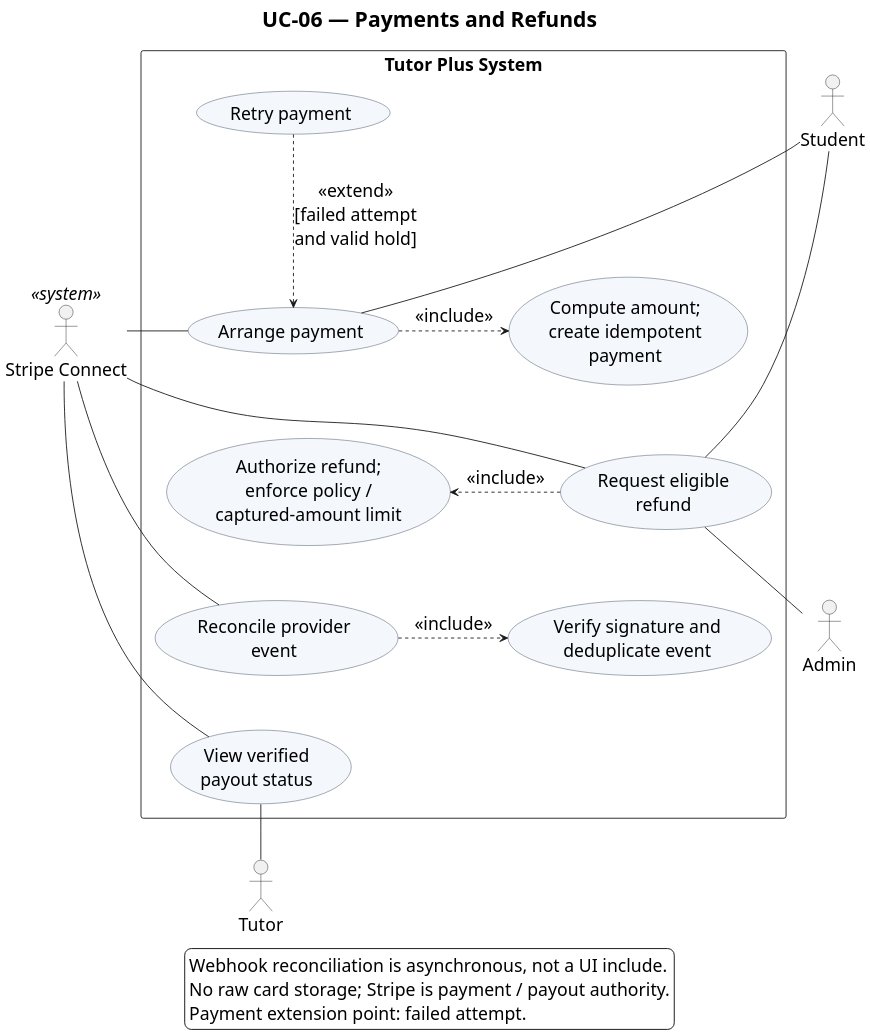
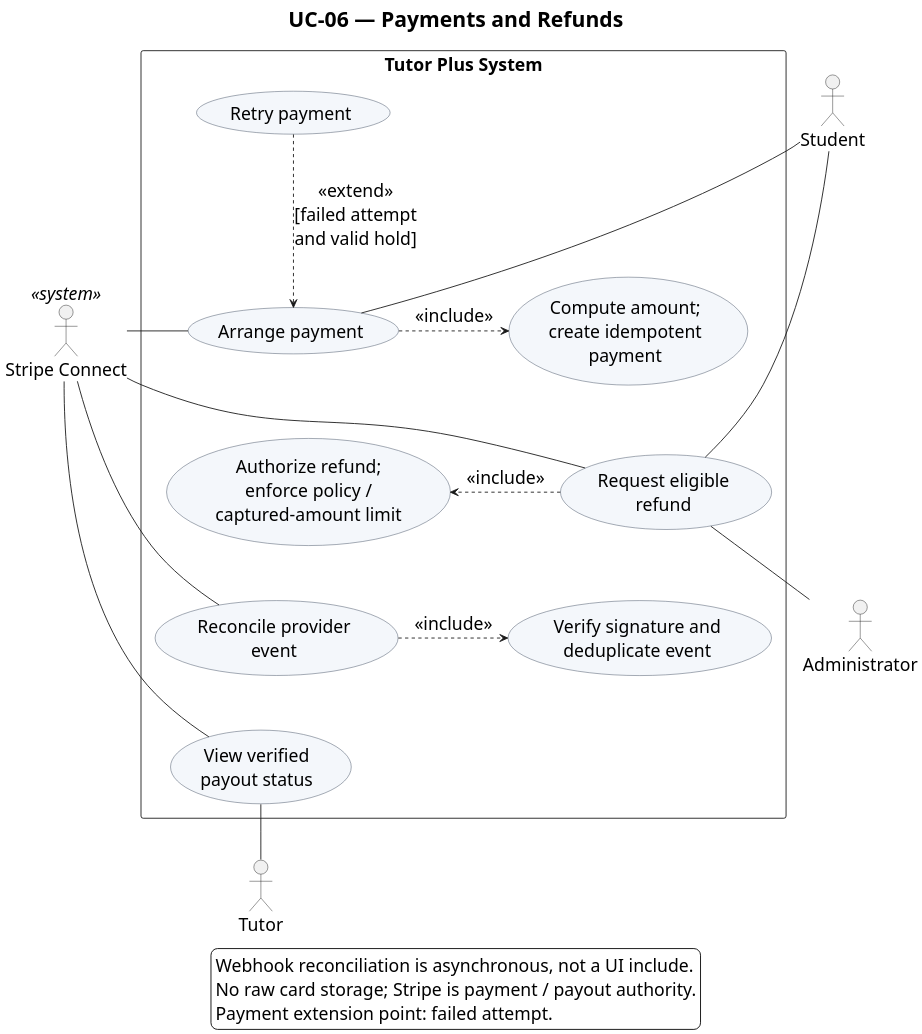
Before and after one commit to addiee13/tutor-plus: the diagram in docs/diagrams/source/usecase-uc06.puml, drawn with PlantUML. The commit also changed 105 other files, not shown here.

```diff
--- a/docs/diagrams/source/usecase-uc06.puml
+++ b/docs/diagrams/source/usecase-uc06.puml
@@ -1,47 +1,47 @@
 @startuml
 title UC-06 — Payments and Refunds
 top to bottom direction
 skinparam backgroundColor white
 skinparam defaultFontName Arial
 skinparam defaultFontSize 20
 skinparam legendFontSize 20
 skinparam titleFontSize 24
 skinparam shadowing false
 skinparam dpi 180
 skinparam usecaseBackgroundColor #F4F7FB
 skinparam usecaseBorderColor #334155
 actor Student
 actor Tutor
-actor "Admin" as Admin
+actor Administrator as Admin
 actor "Stripe Connect" as Stripe <<system>>
 rectangle "Tutor Plus System" {
   usecase "Arrange payment" as Pay
   usecase "Compute amount;\ncreate idempotent\npayment" as Create
   usecase "Retry payment" as Retry
   usecase "Reconcile provider\nevent" as Reconcile
   usecase "Verify signature and\ndeduplicate event" as Verify
   usecase "Request eligible\nrefund" as Refund
   usecase "Authorize refund;\nenforce policy /\ncaptured-amount limit" as Eligibility
   usecase "View verified\npayout status" as Payout
   Pay .right.> Create : <<include>>
   Retry ..> Pay : <<extend>>\n[failed attempt\nand valid hold]
   Reconcile .right.> Verify : <<include>>
   Refund .right.> Eligibility : <<include>>
   Create -[hidden]down- Eligibility
   Eligibility -[hidden]down- Verify
   Reconcile -[hidden]down- Payout
 }
 Student -down- Pay
 Student -- Refund
 Tutor -up- Payout
 Admin -up- Refund
 Stripe -up- Reconcile
 Stripe -- Pay
 Stripe -- Refund
 Stripe -- Payout
 legend bottom
   Webhook reconciliation is asynchronous, not a UI include.
   No raw card storage; Stripe is payment / payout authority.
   Payment extension point: failed attempt.
 endlegend
 @enduml
```
